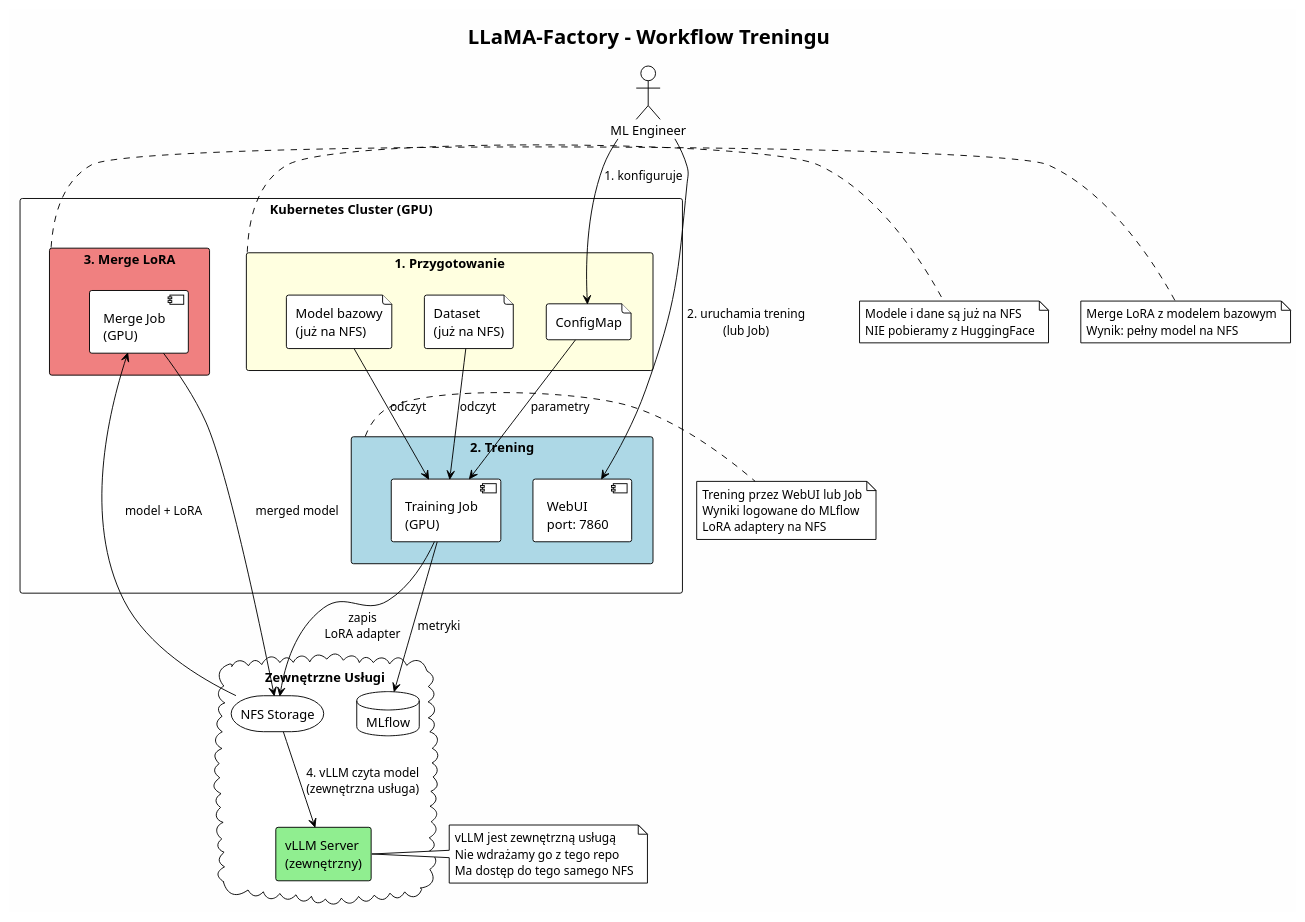
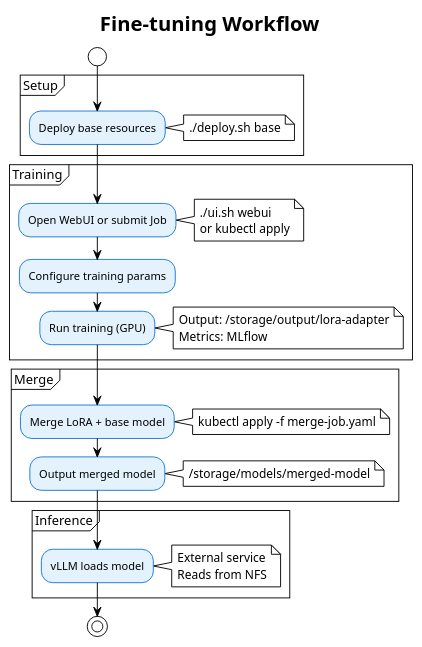
One commit to Maciek-roboblog/t changed the diagram in new/infra-simple/docs/diagrams/workflow.puml. Above: the diagram before and after it, drawn with PlantUML. The commit also changed 29 other files, not shown here.

```diff
--- a/new/infra-simple/docs/diagrams/workflow.puml
+++ b/new/infra-simple/docs/diagrams/workflow.puml
@@ -1,73 +1,52 @@
 @startuml workflow
 !theme plain
-skinparam backgroundColor #FEFEFE
+skinparam backgroundColor white
+skinparam defaultFontName Helvetica
+skinparam shadowing false
 
-title LLaMA-Factory - Workflow Treningu
-
-' Aktorzy
-actor "ML Engineer" as user
-
-' Zewnętrzne usługi
-cloud "Zewnętrzne Usługi" {
-    database "MLflow" as mlflow
-    storage "NFS Storage" as nfs
-    rectangle "vLLM Server\n(zewnętrzny)" as vllm #LightGreen
+skinparam activity {
+    BackgroundColor #E3F2FD
+    BorderColor #1976D2
 }
 
-' Kubernetes
-rectangle "Kubernetes Cluster (GPU)" {
+title Fine-tuning Workflow
 
-    rectangle "1. Przygotowanie" as prep #LightYellow {
-        file "Model bazowy\n(już na NFS)" as base_model
-        file "Dataset\n(już na NFS)" as dataset
-        file "ConfigMap" as config
-    }
+start
 
-    rectangle "2. Trening" as train_phase #LightBlue {
-        [WebUI\nport: 7860] as webui
-        [Training Job\n(GPU)] as train_job
-    }
-
-    rectangle "3. Merge LoRA" as merge_phase #LightCoral {
-        [Merge Job\n(GPU)] as merge_job
-    }
+partition "Setup" {
+    :Deploy base resources;
+    note right: ./deploy.sh base
 }
 
-' Flow
-user --> config : 1. konfiguruje
-user --> webui : 2. uruchamia trening\n(lub Job)
+partition "Training" {
+    :Open WebUI or submit Job;
+    note right: ./ui.sh webui\nor kubectl apply
 
-base_model --> train_job : odczyt
-dataset --> train_job : odczyt
-config --> train_job : parametry
-train_job --> nfs : zapis\nLoRA adapter
-train_job --> mlflow : metryki
+    :Configure training params;
 
-nfs --> merge_job : model + LoRA
-merge_job --> nfs : merged model
+    :Run training (GPU);
+    note right
+      Output: /storage/output/lora-adapter
+      Metrics: MLflow
+    end note
+}
 
-nfs --> vllm : 4. vLLM czyta model\n(zewnętrzna usługa)
+partition "Merge" {
+    :Merge LoRA + base model;
+    note right: kubectl apply -f merge-job.yaml
 
-note right of prep
-  Modele i dane są już na NFS
-  NIE pobieramy z HuggingFace
-end note
+    :Output merged model;
+    note right: /storage/models/merged-model
+}
 
-note right of train_phase
-  Trening przez WebUI lub Job
-  Wyniki logowane do MLflow
-  LoRA adaptery na NFS
-end note
+partition "Inference" {
+    :vLLM loads model;
+    note right
+      External service
+      Reads from NFS
+    end note
+}
 
-note right of merge_phase
-  Merge LoRA z modelem bazowym
-  Wynik: pełny model na NFS
-end note
-
-note right of vllm
-  vLLM jest zewnętrzną usługą
-  Nie wdrażamy go z tego repo
-  Ma dostęp do tego samego NFS
-end note
+stop
 
 @enduml
```
